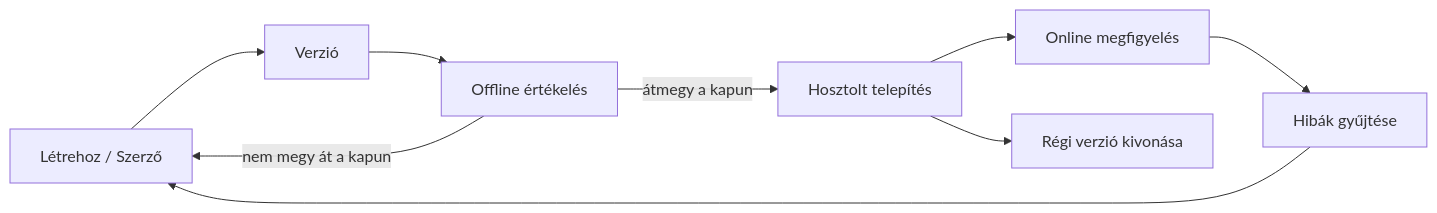
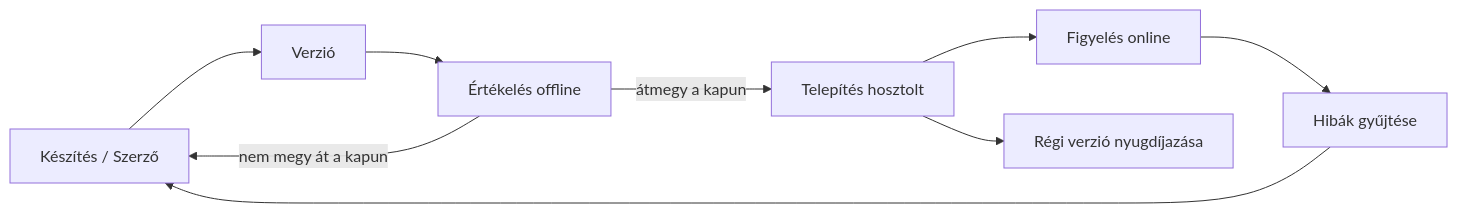
One commit to gabrielmoreira/agent-skills-mirror changed the second of 4 diagrams in mirrors/repos/microsoft@ai-agents-for-beginners/translations/hu/16-deploying-scalable-agents/README.md. Above: the diagram before and after it, drawn with Mermaid. The commit also changed other lines of this file and 3581 other files, not shown here.

````diff
--- a/mirrors/repos/microsoft@ai-agents-for-beginners/translations/hu/16-deploying-scalable-agents/README.md
+++ b/mirrors/repos/microsoft@ai-agents-for-beginners/translations/hu/16-deploying-scalable-agents/README.md
@@ -108,11 +108,11 @@
 ```mermaid
 flowchart LR
-    Create[Létrehoz / Szerző] --> Version[Verzió]
-    Version --> Evaluate[Offline értékelés]
-    Evaluate -->|átmegy a kapun| Deploy[Hosztolt telepítés]
+    Create[Készítés / Szerző] --> Version[Verzió]
+    Version --> Evaluate[Értékelés offline]
+    Evaluate -->|átmegy a kapun| Deploy[Telepítés hosztolt]
     Evaluate -->|nem megy át a kapun| Create
-    Deploy --> Observe[Online megfigyelés]
+    Deploy --> Observe[Figyelés online]
     Observe --> Improve[Hibák gyűjtése]
     Improve --> Create
-    Deploy --> Retire[Régi verzió kivonása]
+    Deploy --> Retire[Régi verzió nyugdíjazása]
 ```
````
